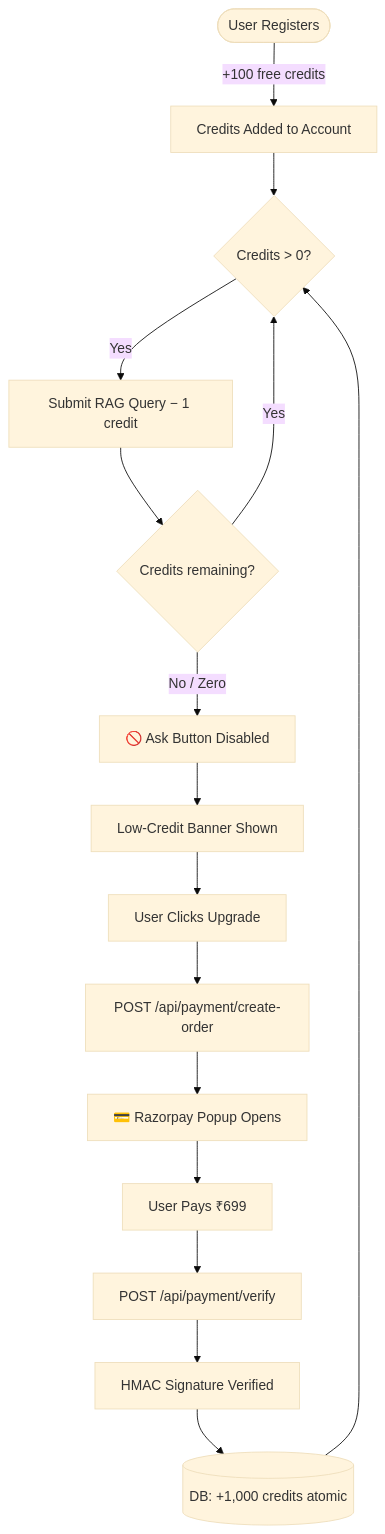
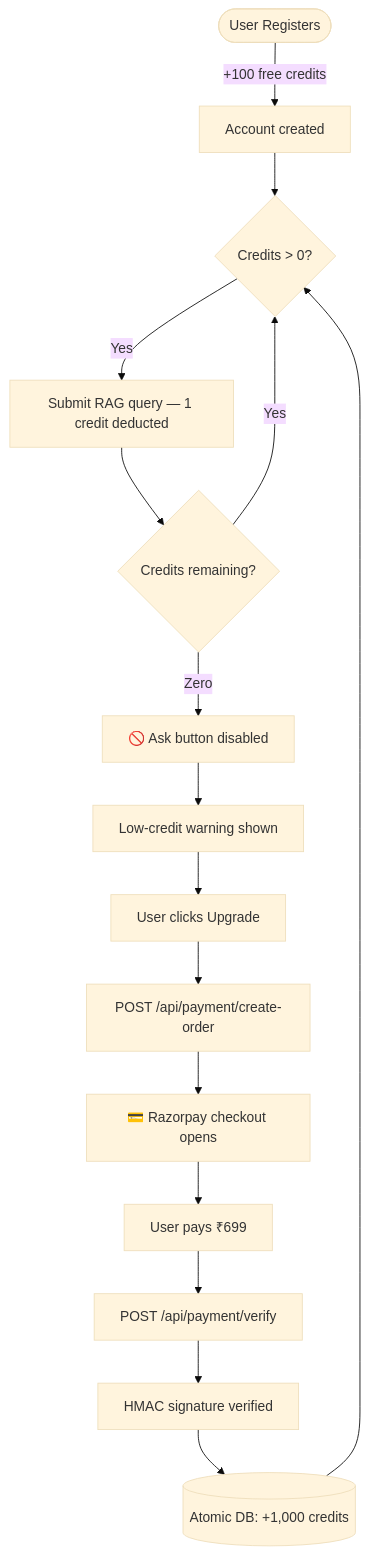
The fifth of 6 diagrams in README.md (rajakumar123-commit/nexasense-ai-assistant), drawn with Mermaid (base theme) before and after one commit. The commit also changed other lines of this file, not shown here.

````diff
--- a/README.md
+++ b/README.md
@@ -518,18 +512,18 @@
 ```mermaid
 flowchart TD
-    A([User Registers]) -->|+100 free credits| B[Credits Added to Account]
+    A([User Registers]) -->|+100 free credits| B[Account created]
     B --> C{Credits > 0?}
-    C -- Yes --> D[Submit RAG Query − 1 credit]
+    C -- Yes --> D[Submit RAG query — 1 credit deducted]
     D --> E{Credits remaining?}
     E -- Yes --> C
-    E -- No / Zero --> F[🚫 Ask Button Disabled]
-    F --> G[Low-Credit Banner Shown]
-    G --> H[User Clicks Upgrade]
+    E -- Zero --> F[🚫 Ask button disabled]
+    F --> G[Low-credit warning shown]
+    G --> H[User clicks Upgrade]
     H --> I[POST /api/payment/create-order]
-    I --> J[💳 Razorpay Popup Opens]
-    J --> K[User Pays ₹699]
+    I --> J[💳 Razorpay checkout opens]
+    J --> K[User pays ₹699]
     K --> L[POST /api/payment/verify]
-    L --> M[HMAC Signature Verified]
-    M --> N[(DB: +1,000 credits atomic)]
+    L --> M[HMAC signature verified]
+    M --> N[(Atomic DB: +1,000 credits)]
     N --> C
 ```
````
